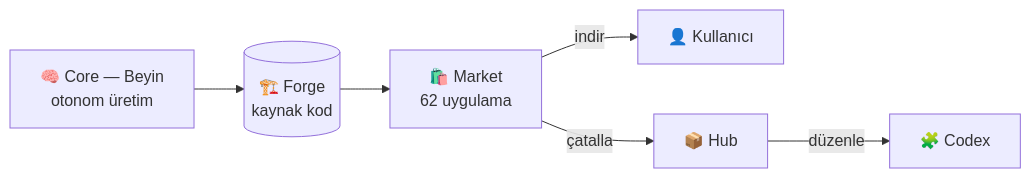
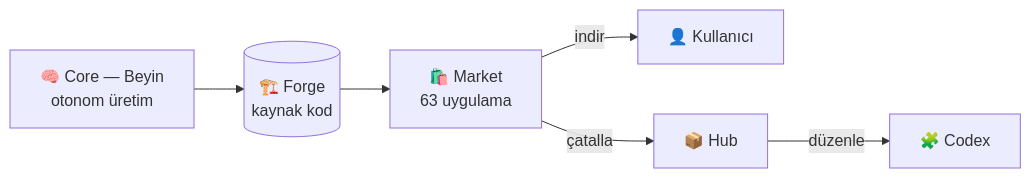
Before and after one commit to numexai/numex-market: the diagram in README.md, drawn with Mermaid. The commit also changed other lines of this file and 47 other files, not shown here.

````diff
--- a/README.md
+++ b/README.md
@@ -85,8 +85,8 @@
 ```mermaid
 flowchart LR
   CORE[🧠 Core — Beyin<br/>otonom üretim] --> FORGE[(🏗️ Forge<br/>kaynak kod)]
-  FORGE --> MARKET[🛍️ Market<br/>62 uygulama]
+  FORGE --> MARKET[🛍️ Market<br/>63 uygulama]
   MARKET -->|indir| USER[👤 Kullanıcı]
   MARKET -->|çatalla| HUB[📦 Hub]
   HUB -->|düzenle| CODEX[🧩 Codex]
 ```
````
